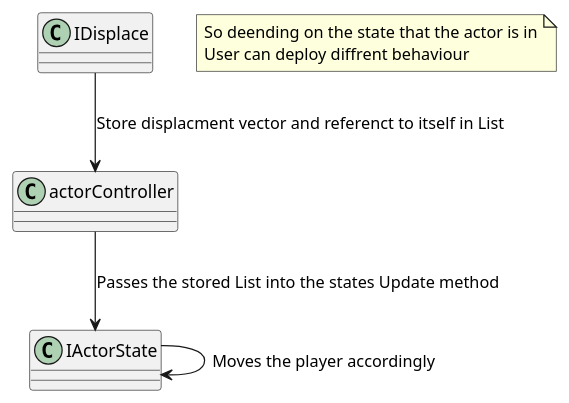
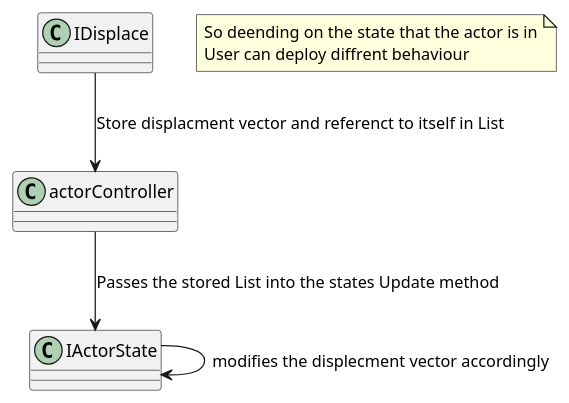
The second of 2 diagrams in UMLs/src/Class_Diagram_Overview.puml (CZOLGOWUS/Unity_2d_Character_Controller), drawn with PlantUML before and after one commit. The commit also changed other lines of this file, not shown here.

```diff
--- a/UMLs/src/Class_Diagram_Overview.puml
+++ b/UMLs/src/Class_Diagram_Overview.puml
@@ -128,12 +151,12 @@
 @startuml InputToUpdate
 
 IDisplace --> actorController : Store displacment vector and referenct to itself in List
 actorController --> IActorState : Passes the stored List into the states Update method
-IActorState -> IActorState : Moves the player accordingly
+IActorState -> IActorState : modifies the displecment vector accordingly
 
 note as exmplenatin
     So deending on the state that the actor is in
     User can deploy diffrent behaviour
 end note
 
 @enduml
```
